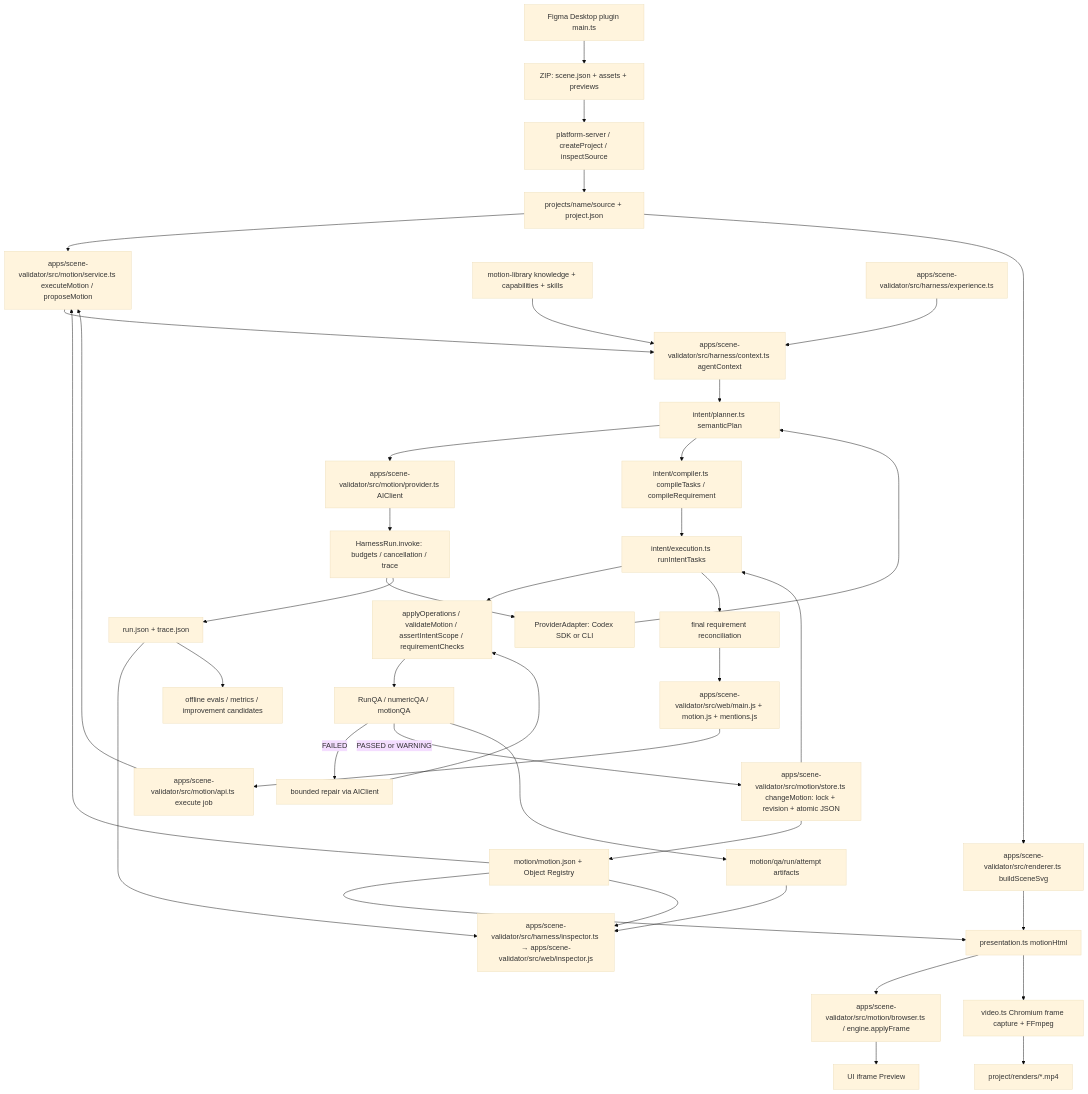
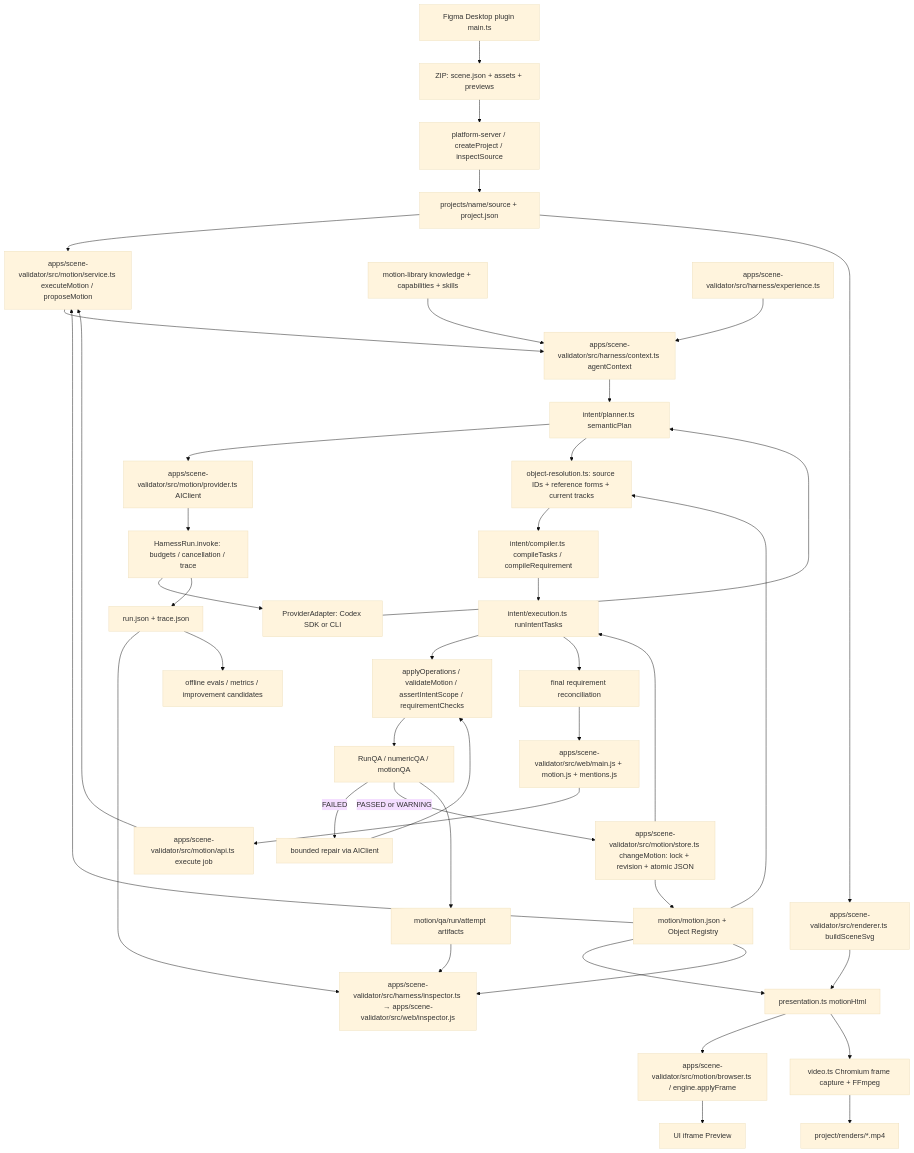
The diagram in docs/architecture-handoff.md (alexsysoev17/akella), drawn with Mermaid (base theme) before and after one commit. The commit also changed other lines of this file and 12 other files, not shown here.

````diff
--- a/docs/architecture-handoff.md
+++ b/docs/architecture-handoff.md
@@ -52,42 +52,44 @@
 ```mermaid
 flowchart TD
   F[Figma Desktop plugin main.ts] --> Z[ZIP: scene.json + assets + previews]
   Z --> I[platform-server / createProject / inspectSource]
   I --> S[projects/name/source + project.json]
   UI[apps/scene-validator/src/web/main.js + motion.js + mentions.js] --> API[apps/scene-validator/src/motion/api.ts execute job]
   API --> O[apps/scene-validator/src/motion/service.ts executeMotion / proposeMotion]
   S --> O
   MS[motion/motion.json + Object Registry] --> O
   O --> C[apps/scene-validator/src/harness/context.ts agentContext]
   K[motion-library knowledge + capabilities + skills] --> C
   EXP[apps/scene-validator/src/harness/experience.ts] --> C
   C --> SP[intent/planner.ts semanticPlan]
   SP --> AC[apps/scene-validator/src/motion/provider.ts AIClient]
   AC --> HR[HarnessRun.invoke: budgets / cancellation / trace]
   HR --> PA[ProviderAdapter: Codex SDK or CLI]
   PA --> SP
-  SP --> IT[intent/compiler.ts compileTasks / compileRequirement]
+  SP --> NR[object-resolution.ts: source IDs + reference forms + current tracks]
+  MS --> NR
+  NR --> IT[intent/compiler.ts compileTasks / compileRequirement]
   IT --> EX[intent/execution.ts runIntentTasks]
   EX --> V[applyOperations / validateMotion / assertIntentScope / requirementChecks]
   V --> QA[RunQA / numericQA / motionQA]
   QA -->|FAILED| RE[bounded repair via AIClient]
   RE --> V
   QA -->|PASSED or WARNING| CM[apps/scene-validator/src/motion/store.ts changeMotion: lock + revision + atomic JSON]
   CM --> MS
   CM --> EX
   EX --> FC[final requirement reconciliation]
   FC --> UI
   MS --> P[presentation.ts motionHtml]
   S --> R[apps/scene-validator/src/renderer.ts buildSceneSvg]
   R --> P
   P --> B[apps/scene-validator/src/motion/browser.ts / engine.applyFrame]
   B --> PRE[UI iframe Preview]
   P --> VID[video.ts Chromium frame capture + FFmpeg]
   VID --> MP4[project/renders/*.mp4]
   HR --> LOG[run.json + trace.json]
   QA --> ART[motion/qa/run/attempt artifacts]
   LOG --> INS[apps/scene-validator/src/harness/inspector.ts → apps/scene-validator/src/web/inspector.js]
   ART --> INS
   MS --> INS
   LOG --> EV[offline evals / metrics / improvement candidates]
 ```
````
